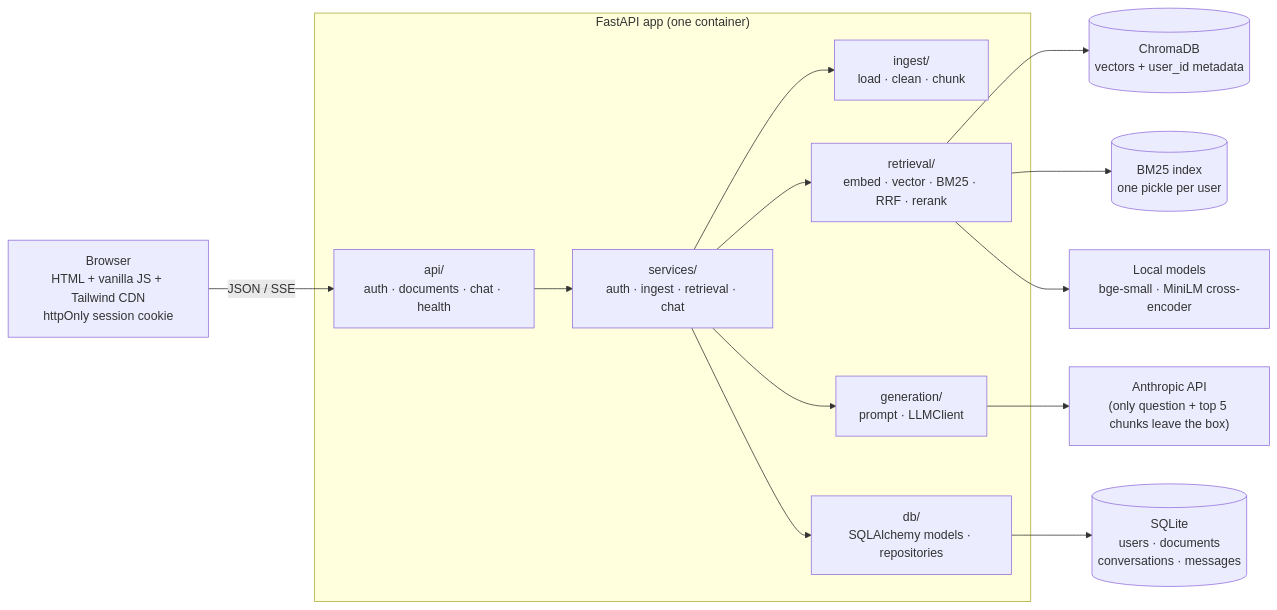
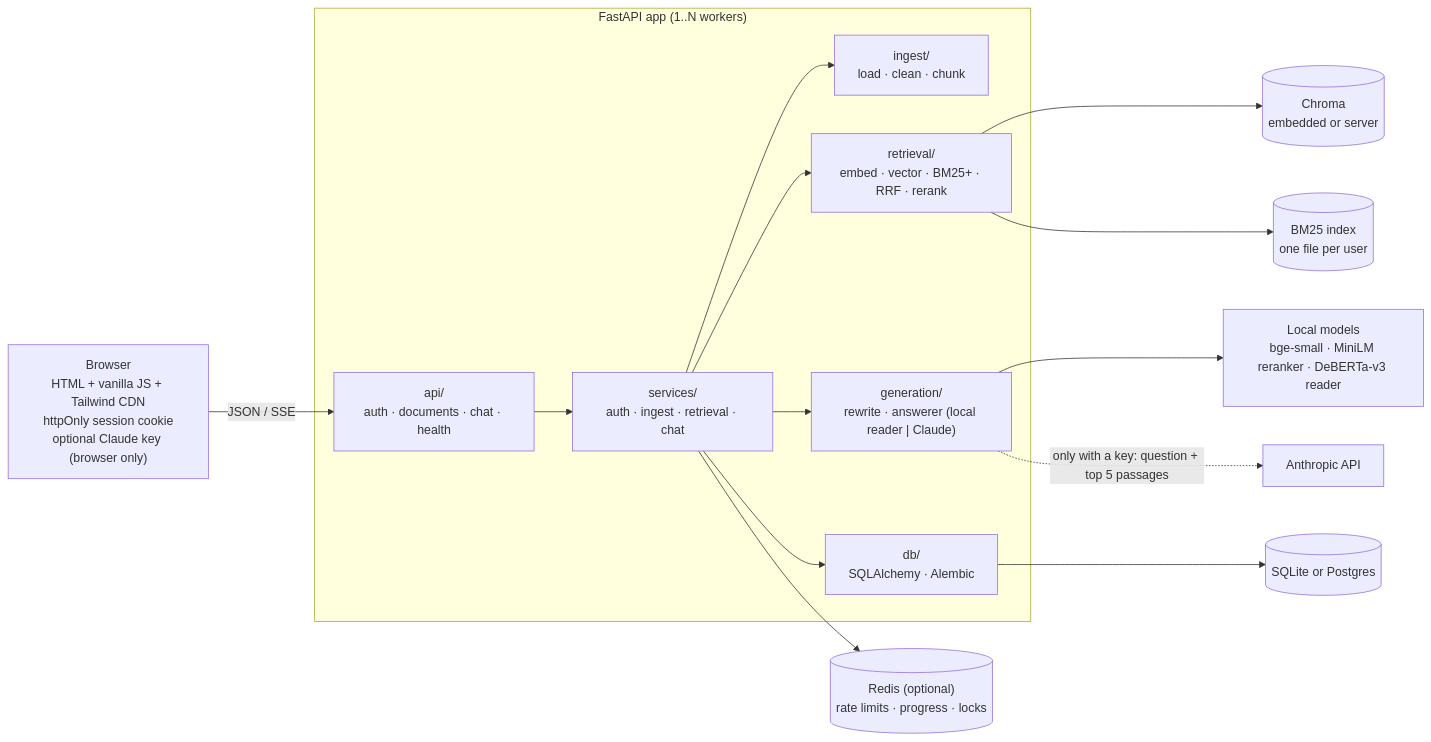
The diagram in README.md (ChandanKarlekarV/rag-chat), drawn with Mermaid before and after one commit. The commit also changed other lines of this file and 25 other files, not shown here.

Commit message:
Multi-server mode (Postgres, Redis limits/progress/locks, Chroma server, shared BM25), auto engine UI, held-out eval, README with measured accuracy

````diff
--- a/README.md
+++ b/README.md
@@ -31,18 +38,19 @@
 ```mermaid
 flowchart LR
-    B["Browser<br/>HTML + vanilla JS + Tailwind CDN<br/>httpOnly session cookie"] -- "JSON / SSE" --> API
+    B["Browser<br/>HTML + vanilla JS + Tailwind CDN<br/>httpOnly session cookie<br/>optional Claude key (browser only)"] -- "JSON / SSE" --> API
 
-    subgraph FastAPI["FastAPI app (one container)"]
+    subgraph FastAPI["FastAPI app (1..N workers)"]
         API["api/<br/>auth · documents · chat · health"] --> SVC["services/<br/>auth · ingest · retrieval · chat"]
         SVC --> ING["ingest/<br/>load · clean · chunk"]
-        SVC --> RET["retrieval/<br/>embed · vector · BM25 · RRF · rerank"]
-        SVC --> GEN["generation/<br/>prompt · LLMClient"]
-        SVC --> DB["db/<br/>SQLAlchemy models · repositories"]
+        SVC --> RET["retrieval/<br/>embed · vector · BM25+ · RRF · rerank"]
+        SVC --> GEN["generation/<br/>rewrite · answerer (local reader | Claude)"]
+        SVC --> DB["db/<br/>SQLAlchemy · Alembic"]
     end
 
-    DB --> SQL[("SQLite<br/>users · documents<br/>conversations · messages")]
-    RET --> CH[("ChromaDB<br/>vectors + user_id metadata")]
-    RET --> BM[("BM25 index<br/>one pickle per user")]
-    RET --> ML["Local models<br/>bge-small · MiniLM cross-encoder"]
-    GEN --> LLM["Anthropic API<br/>(only question + top 5 chunks leave the box)"]
+    DB --> SQL[("SQLite or Postgres")]
+    RET --> CH[("Chroma<br/>embedded or server")]
+    RET --> BM[("BM25 index<br/>one file per user")]
+    SVC --> RD[("Redis (optional)<br/>rate limits · progress · locks")]
+    GEN --> LM["Local models<br/>bge-small · MiniLM reranker · DeBERTa-v3 reader"]
+    GEN -. "only with a key: question + top 5 passages" .-> LLM["Anthropic API"]
 ```
````
